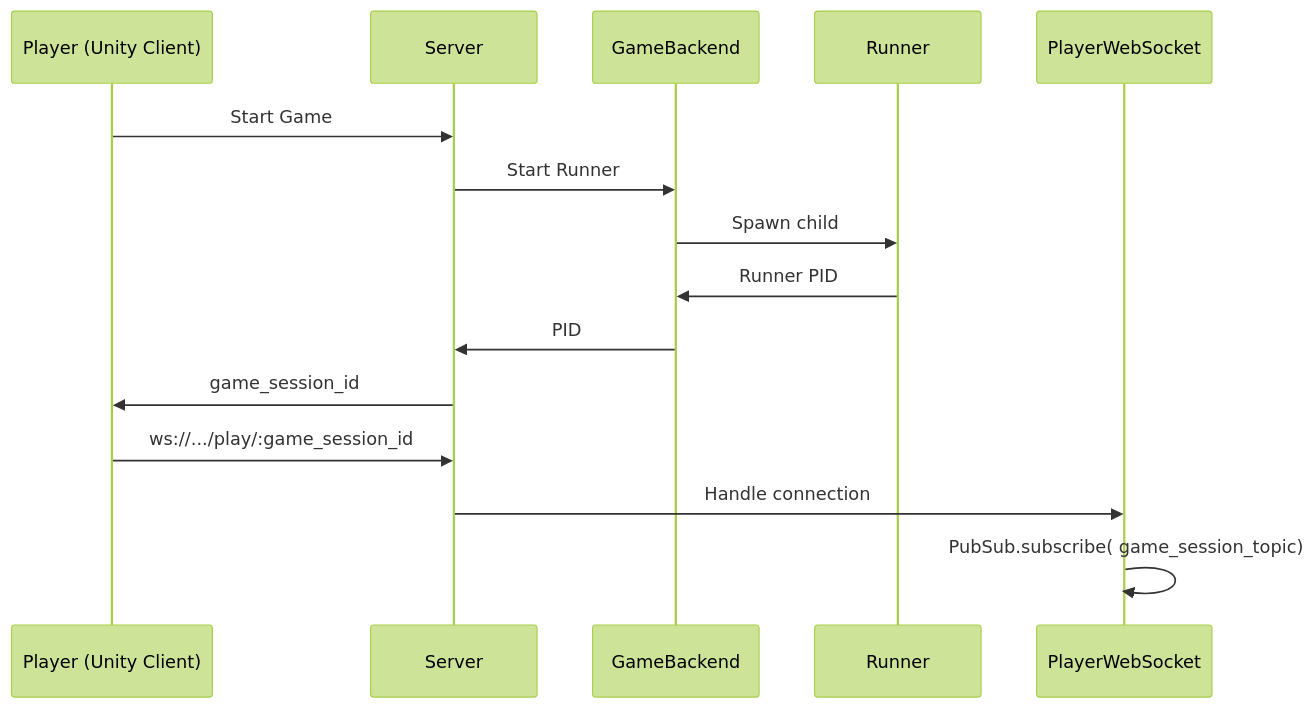
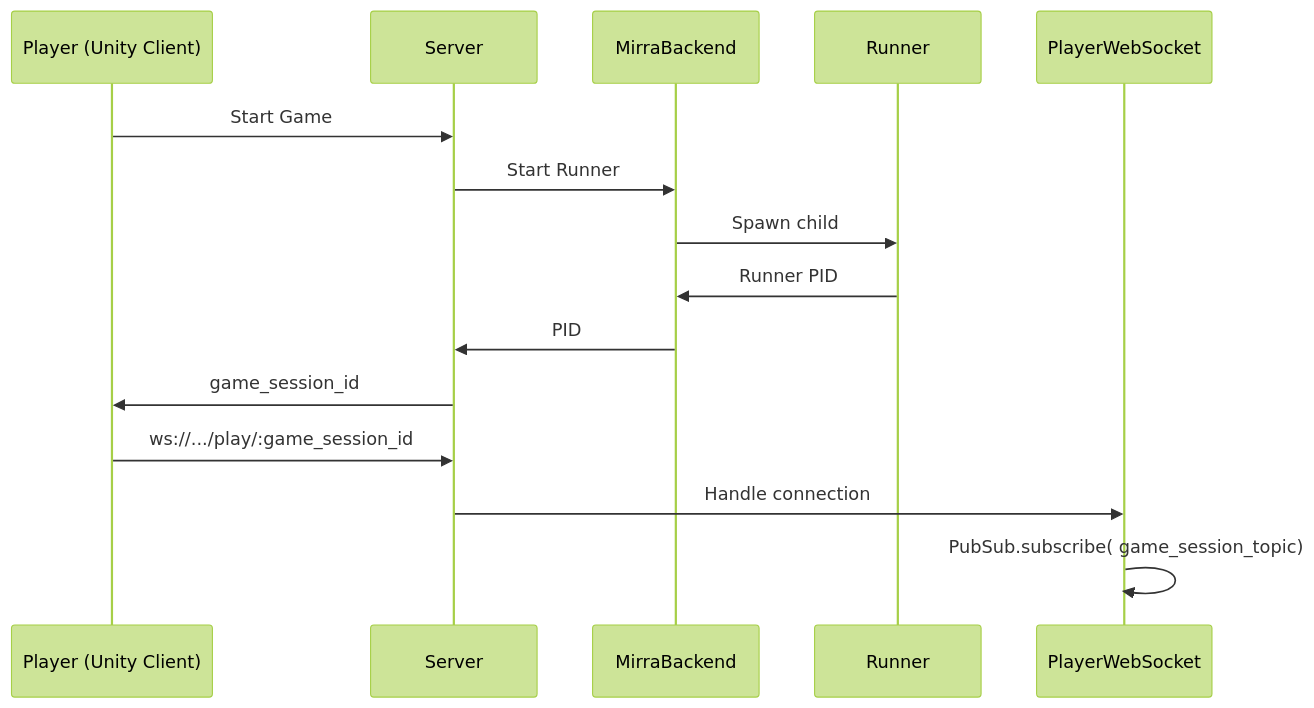
One commit to lambdaclass/mirra_backend changed the fourth of 5 diagrams in apps/mirra_backend/docs/src/architecture/backend_architecture.md. Above: the diagram before and after it, drawn with Mermaid (forest theme). The commit also changed other lines of this file and 19 other files, not shown here.

First line of the commit message:
Make MirraBackend app to work as standalone.

````diff
--- a/apps/mirra_backend/docs/src/architecture/backend_architecture.md
+++ b/apps/mirra_backend/docs/src/architecture/backend_architecture.md
@@ -142,17 +142,17 @@
 ```mermaid
 sequenceDiagram
     participant Player (Unity Client)
     participant Server
-    participant GameBackend
+    participant MirraBackend
     participant Runner
     participant PlayerWebSocket
     Player (Unity Client)->>Server: Start Game
-    Server->>GameBackend: Start Runner
-    GameBackend->>Runner: Spawn child
-    Runner->>GameBackend: Runner PID
-    GameBackend->>Server: PID
+    Server->>MirraBackend: Start Runner
+    MirraBackend->>Runner: Spawn child
+    Runner->>MirraBackend: Runner PID
+    MirraBackend->>Server: PID
     Server->>Player (Unity Client): game_session_id
     Player (Unity Client)->>Server: ws://.../play/:game_session_id
     Server->>PlayerWebSocket: Handle connection
     PlayerWebSocket->>PlayerWebSocket: PubSub.subscribe( game_session_topic)
 ```
````
